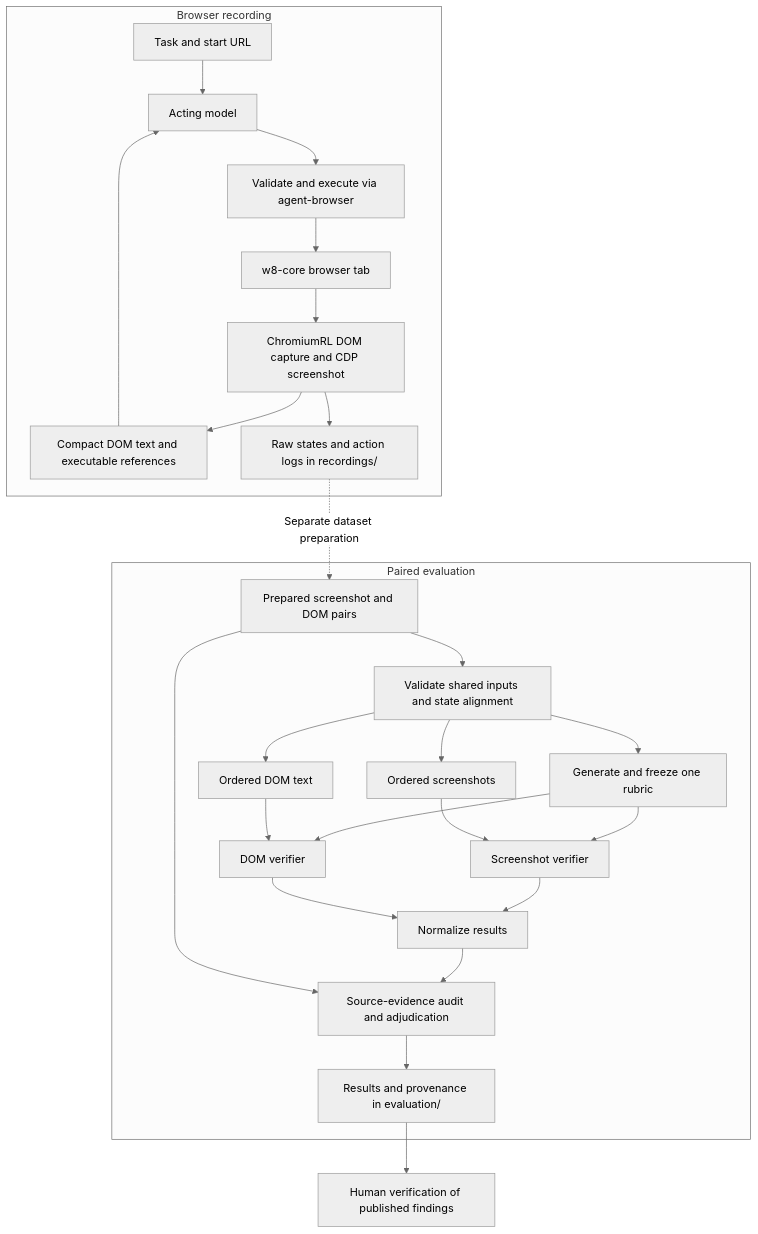
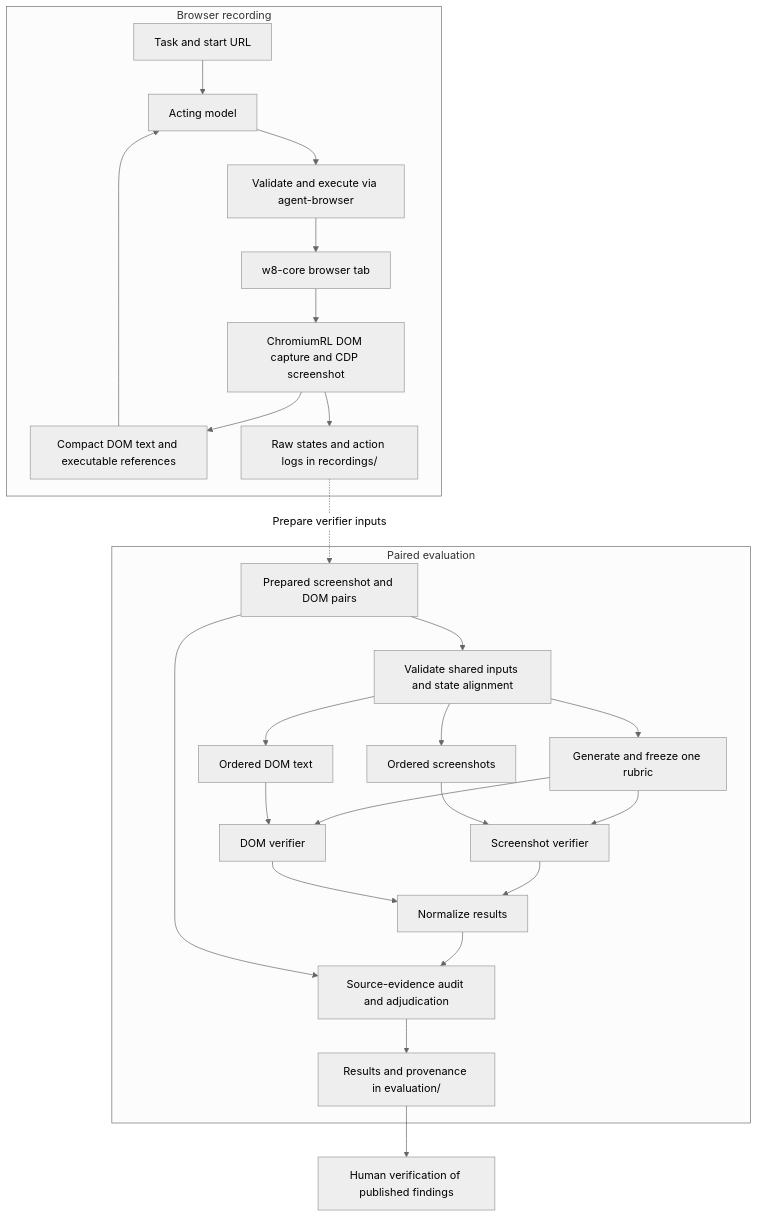
One commit to wootzapp/w8-domdiff-bench changed the diagram in README.md. Above: the diagram before and after it, drawn with Mermaid (neutral theme). The commit also changed other lines of this file and 19 other files, not shown here.

````diff
--- a/README.md
+++ b/README.md
@@ -307,29 +307,29 @@
 ```mermaid
 flowchart TB
     subgraph recording[Browser recording]
         task[Task and start URL] --> actor[Acting model]
         actor --> harness[Validate and execute via agent-browser]
         harness --> browser[w8-core browser tab]
         browser --> capture[ChromiumRL DOM capture and CDP screenshot]
         capture --> observation[Compact DOM text and executable references]
         observation --> actor
         capture --> raw[Raw states and action logs in recordings/]
     end
-    raw -. Separate dataset preparation .-> pairs[Prepared screenshot and DOM pairs]
+    raw -. Prepare verifier inputs .-> pairs[Prepared screenshot and DOM pairs]
     subgraph evaluation[Paired evaluation]
         pairs --> check[Validate shared inputs and state alignment]
         check --> rubric[Generate and freeze one rubric]
         rubric --> ssjudge[Screenshot verifier]
         rubric --> domjudge[DOM verifier]
         check --> screenshots[Ordered screenshots]
         check --> dom[Ordered DOM text]
         screenshots --> ssjudge
         dom --> domjudge
         ssjudge --> normalize[Normalize results]
         domjudge --> normalize
         normalize --> audit[Source-evidence audit and adjudication]
         pairs --> audit
         audit --> output[Results and provenance in evaluation/]
     end
     output --> review[Human verification of published findings]
 ```
````
